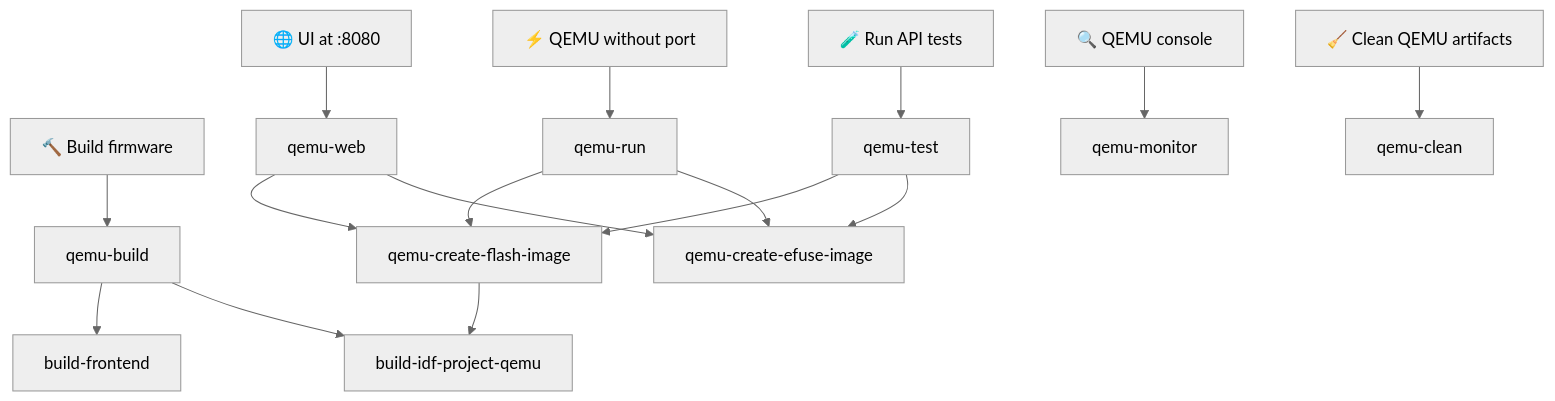
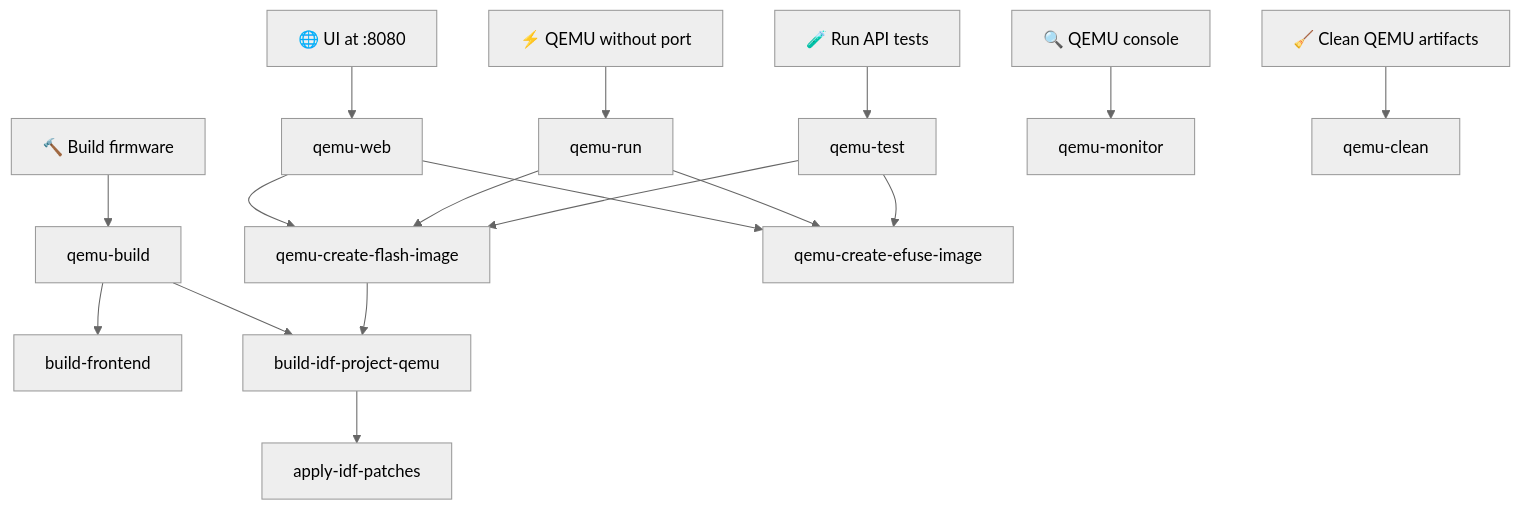
The diagram in README_QEMU.md (wirenboard/wb-mge), drawn with Mermaid (neutral theme) before and after one commit. The commit also changed other lines of this file and 4 other files, not shown here.

First line of the commit message:
build(qemu): add apply-idf-patches target and fix clean

````diff
--- a/README_QEMU.md
+++ b/README_QEMU.md
@@ -29,20 +29,21 @@
 ```mermaid
 graph TD
     B["🔨 Build firmware"] --> qemu-build
     W["🌐 UI at :8080"] --> qemu-web
     T["🧪 Run API tests"] --> qemu-test
     R["⚡ QEMU without port"] --> qemu-run
     M["🔍 QEMU console"] --> qemu-monitor
     C["🧹 Clean QEMU artifacts"] --> qemu-clean
 
     qemu-build --> build-frontend
     qemu-build --> build-idf-project-qemu
 
     qemu-web --> qemu-create-flash-image
     qemu-web --> qemu-create-efuse-image
     qemu-run --> qemu-create-flash-image
     qemu-run --> qemu-create-efuse-image
     qemu-test --> qemu-create-flash-image
     qemu-test --> qemu-create-efuse-image
     qemu-create-flash-image --> build-idf-project-qemu
+    build-idf-project-qemu --> apply-idf-patches
 ```
````
